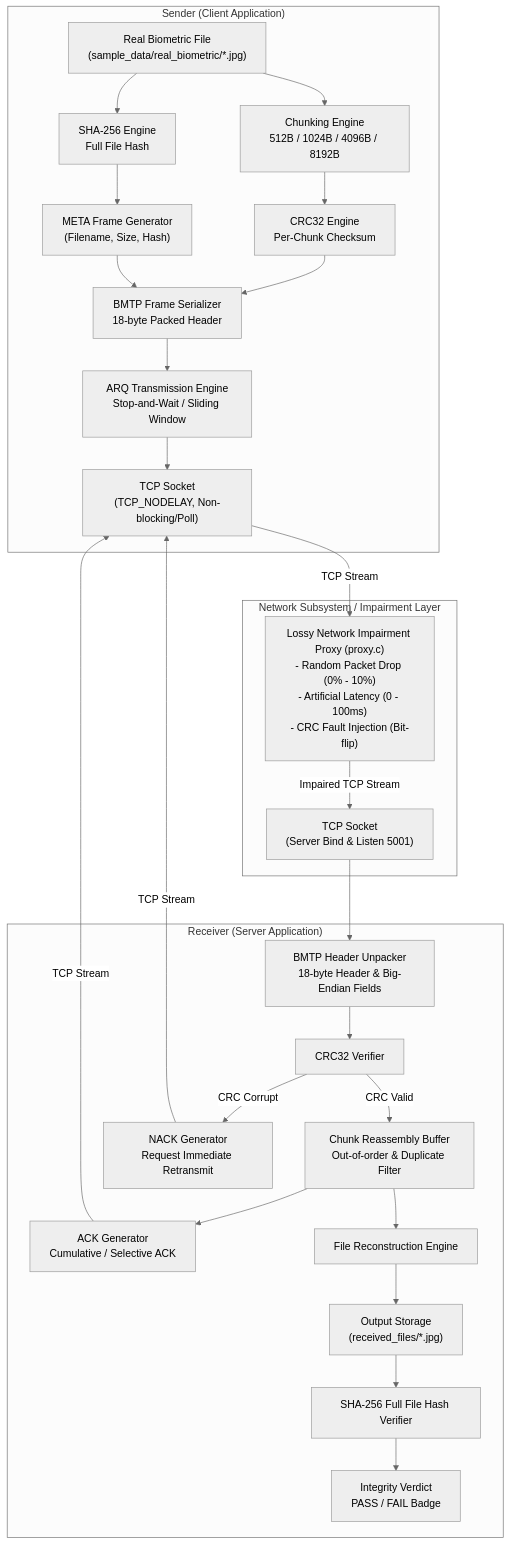
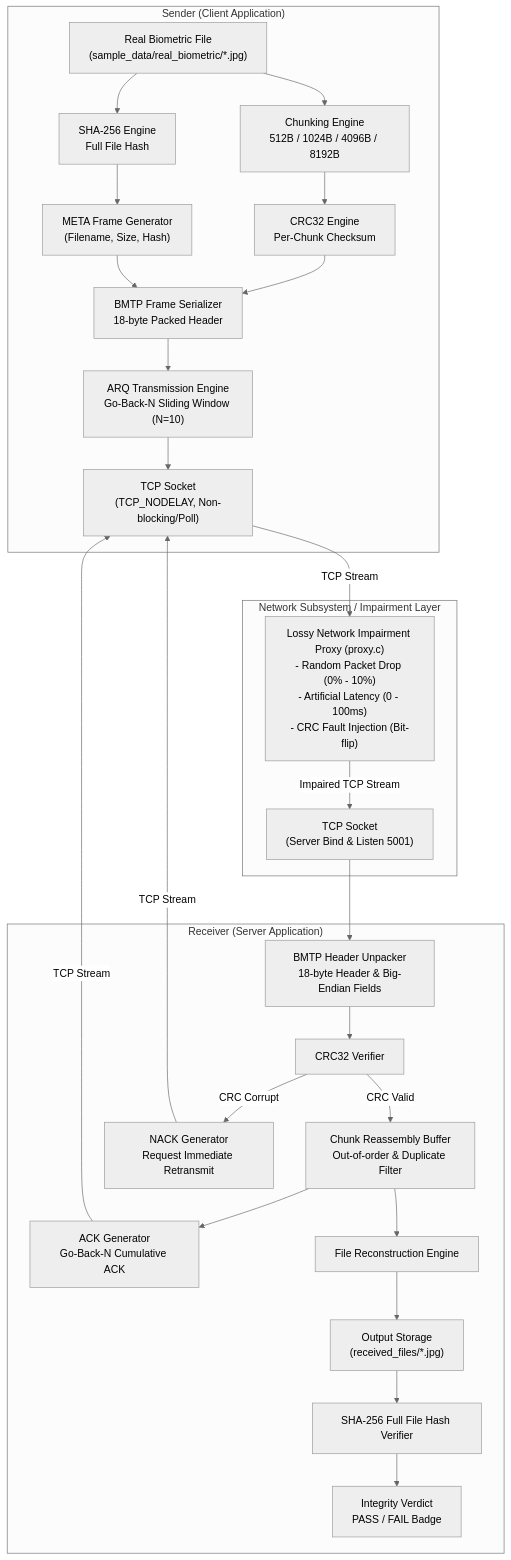
Before and after one commit to prasanth0406/Biometric_UDP_project: the diagram in docs/architecture.mmd, drawn with Mermaid (neutral theme). The commit also changed 19 other files, not shown here.

Commit message:
Replace Stop-and-Wait with Go-Back-N ARQ (Window Size 10) across BMTP

```diff
--- a/docs/architecture.mmd
+++ b/docs/architecture.mmd
@@ -1,31 +1,31 @@
 flowchart TD
     subgraph SENDER_SIDE ["Sender (Client Application)"]
         BF["Real Biometric File<br/>(sample_data/real_biometric/*.jpg)"] --> SHA_S["SHA-256 Engine<br/>Full File Hash"]
         BF --> CHK["Chunking Engine<br/>512B / 1024B / 4096B / 8192B"]
         CHK --> CRC_S["CRC32 Engine<br/>Per-Chunk Checksum"]
         CRC_S --> FRM_S["BMTP Frame Serializer<br/>18-byte Packed Header"]
         SHA_S --> META["META Frame Generator<br/>(Filename, Size, Hash)"]
         META --> FRM_S
-        FRM_S --> ARQ_S["ARQ Transmission Engine<br/>Stop-and-Wait / Sliding Window"]
+        FRM_S --> ARQ_S["ARQ Transmission Engine<br/>Go-Back-N Sliding Window (N=10)"]
         ARQ_S --> SOCK_S["TCP Socket<br/>(TCP_NODELAY, Non-blocking/Poll)"]
     end
 
     subgraph NETWORK_CHANNEL ["Network Subsystem / Impairment Layer"]
         SOCK_S -->|TCP Stream| PROXY["Lossy Network Impairment Proxy (proxy.c)<br/>- Random Packet Drop (0% - 10%)<br/>- Artificial Latency (0 - 100ms)<br/>- CRC Fault Injection (Bit-flip)"]
         PROXY -->|Impaired TCP Stream| SOCK_R["TCP Socket<br/>(Server Bind & Listen 5001)"]
     end
 
     subgraph RECEIVER_SIDE ["Receiver (Server Application)"]
         SOCK_R --> UNPACK["BMTP Header Unpacker<br/>18-byte Header & Big-Endian Fields"]
         UNPACK --> CRC_R["CRC32 Verifier"]
         CRC_R -->|CRC Valid| BUF["Chunk Reassembly Buffer<br/>Out-of-order & Duplicate Filter"]
         CRC_R -->|CRC Corrupt| NACK["NACK Generator<br/>Request Immediate Retransmit"]
-        BUF --> ACK["ACK Generator<br/>Cumulative / Selective ACK"]
+        BUF --> ACK["ACK Generator<br/>Go-Back-N Cumulative ACK"]
         BUF --> RECON["File Reconstruction Engine"]
         RECON --> DISK["Output Storage<br/>(received_files/*.jpg)"]
         DISK --> SHA_R["SHA-256 Full File Hash Verifier"]
         SHA_R --> STATUS["Integrity Verdict<br/>PASS / FAIL Badge"]
     end
 
     ACK -->|TCP Stream| SOCK_S
     NACK -->|TCP Stream| SOCK_S
```
